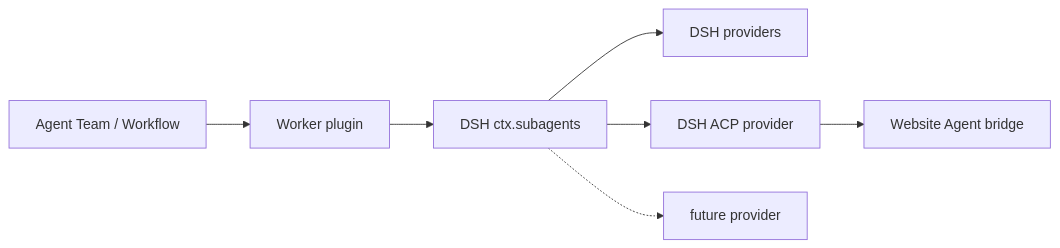
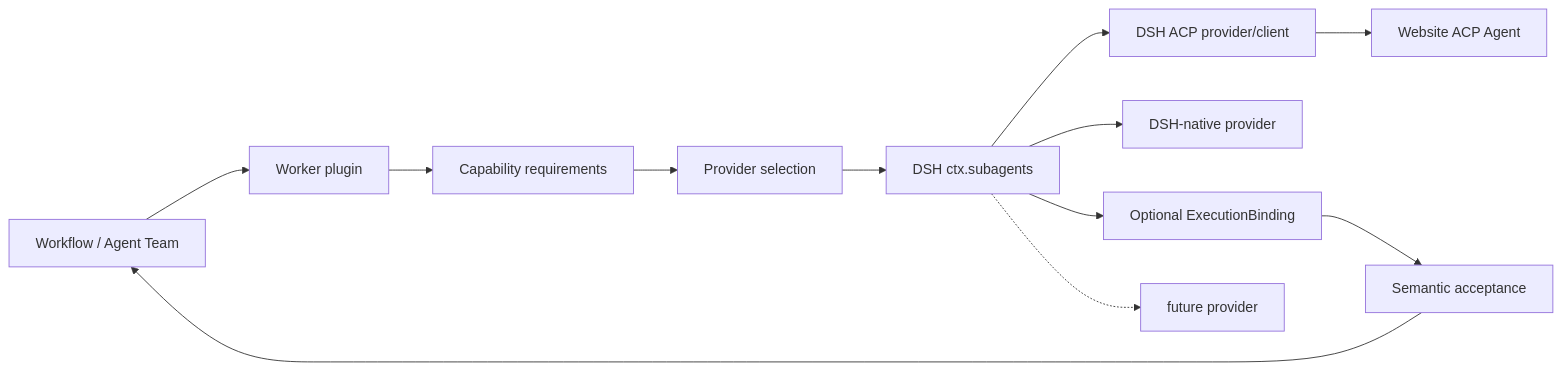
Before and after one commit to tsuuanmi/AgentOS: the first of 5 diagrams in docs/architecture/plugins/worker/README.md, drawn with Mermaid. The commit also changed other lines of this file, not shown here.

Commit message:
docs: expand canonical plugin architecture for implementation

```diff
--- a/docs/architecture/plugins/worker/README.md
+++ b/docs/architecture/plugins/worker/README.md
@@ -51,19 +12,28 @@
 ~~~mermaid
 flowchart LR
-    Caller[Agent Team / Workflow]
+    Caller[Workflow / Agent Team]
     Worker[Worker plugin]
+
+    Req[Capability requirements]
+    Select[Provider selection]
+    Bind[Optional ExecutionBinding]
+    Accept[Semantic acceptance]
+
     Registry[DSH ctx.subagents]
-
-    Native[DSH providers]
-    ACP[DSH ACP provider]
-    Website[Website Agent bridge]
-    Future[future provider]
+    Native[DSH-native provider]
+    ACP[DSH ACP provider/client]
+    Website[Website ACP Agent]
+    Other[future provider]
 
     Caller --> Worker
-    Worker --> Registry
-
+    Worker --> Req --> Select
+    Select --> Registry
     Registry --> Native
     Registry --> ACP
     ACP --> Website
-    Registry -.-> Future
+    Registry -.-> Other
+
+    Registry --> Bind
+    Bind --> Accept
+    Accept --> Caller
 ~~~
```
